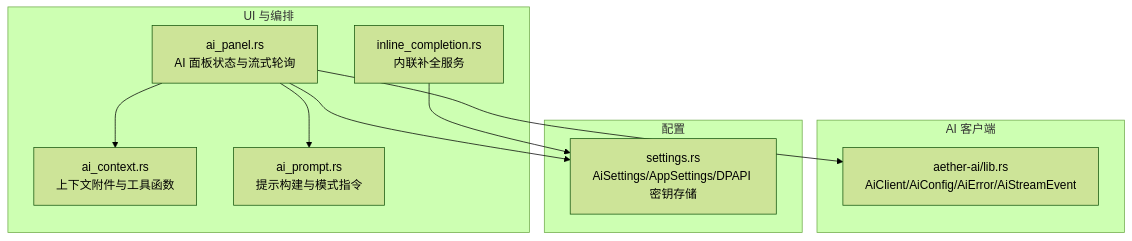
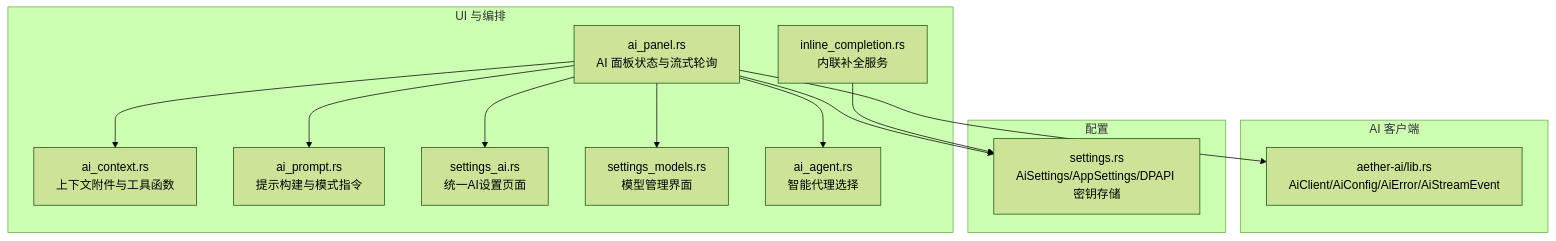
Before and after one commit to songdiyang/AetherStudio: the first of 8 diagrams in .qoder/repowiki/zh/content/扩展系统/AI 助手集成.md, drawn with Mermaid (forest theme). The commit also changed other lines of this file and 25 other files, not shown here.

````diff
--- a/.qoder/repowiki/zh/content/扩展系统/AI 助手集成.md
+++ b/.qoder/repowiki/zh/content/扩展系统/AI 助手集成.md
@@ -40,20 +53,26 @@
 ```mermaid
 graph TB
 subgraph "UI 与编排"
 AP["ai_panel.rs<br/>AI 面板状态与流式轮询"]
 AC["ai_context.rs<br/>上下文附件与工具函数"]
 APt["ai_prompt.rs<br/>提示构建与模式指令"]
 IC["inline_completion.rs<br/>内联补全服务"]
+SA["settings_ai.rs<br/>统一AI设置页面"]
+SM["settings_models.rs<br/>模型管理界面"]
+AA["ai_agent.rs<br/>智能代理选择"]
 end
 subgraph "AI 客户端"
 AIC["aether-ai/lib.rs<br/>AiClient/AiConfig/AiError/AiStreamEvent"]
 end
 subgraph "配置"
 SET["settings.rs<br/>AiSettings/AppSettings/DPAPI 密钥存储"]
 end
 AP --> AIC
 AP --> APt
 AP --> AC
 AP --> SET
+AP --> SA
+AP --> SM
+AP --> AA
 IC --> SET
 ```
````
